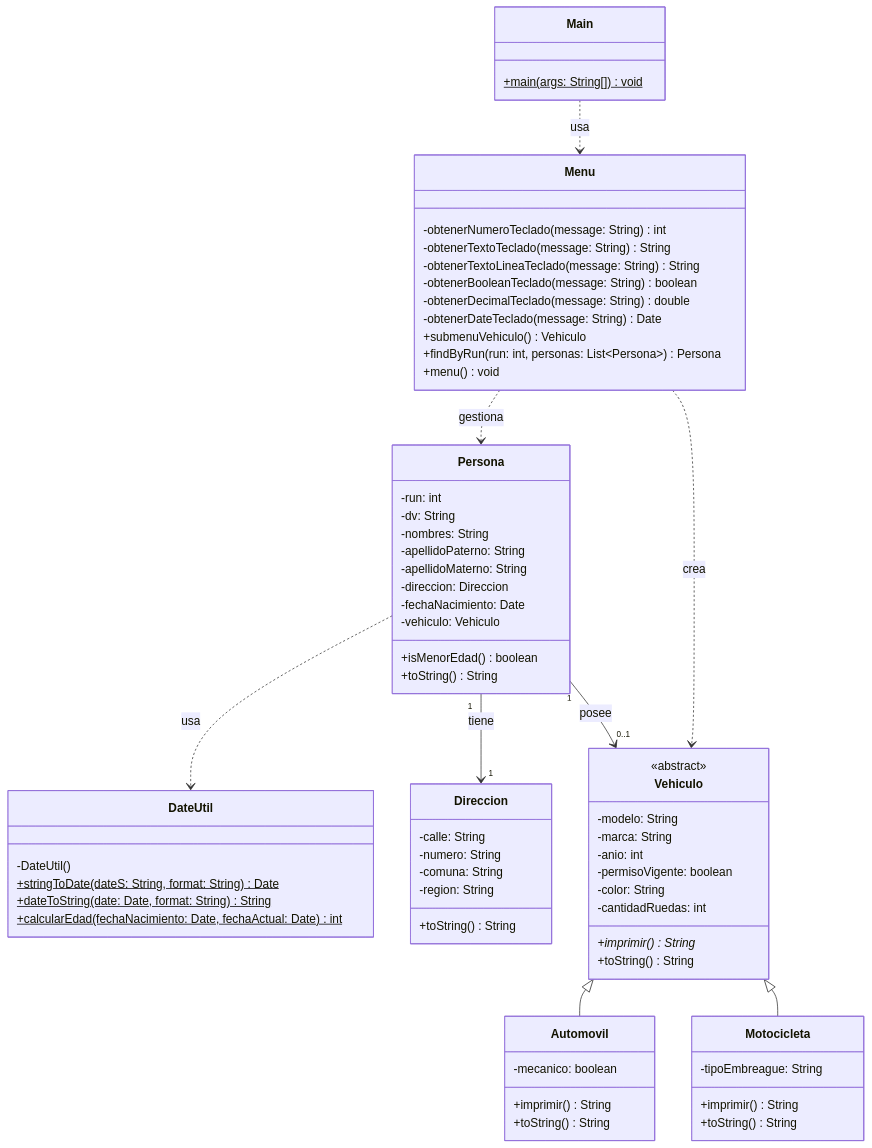
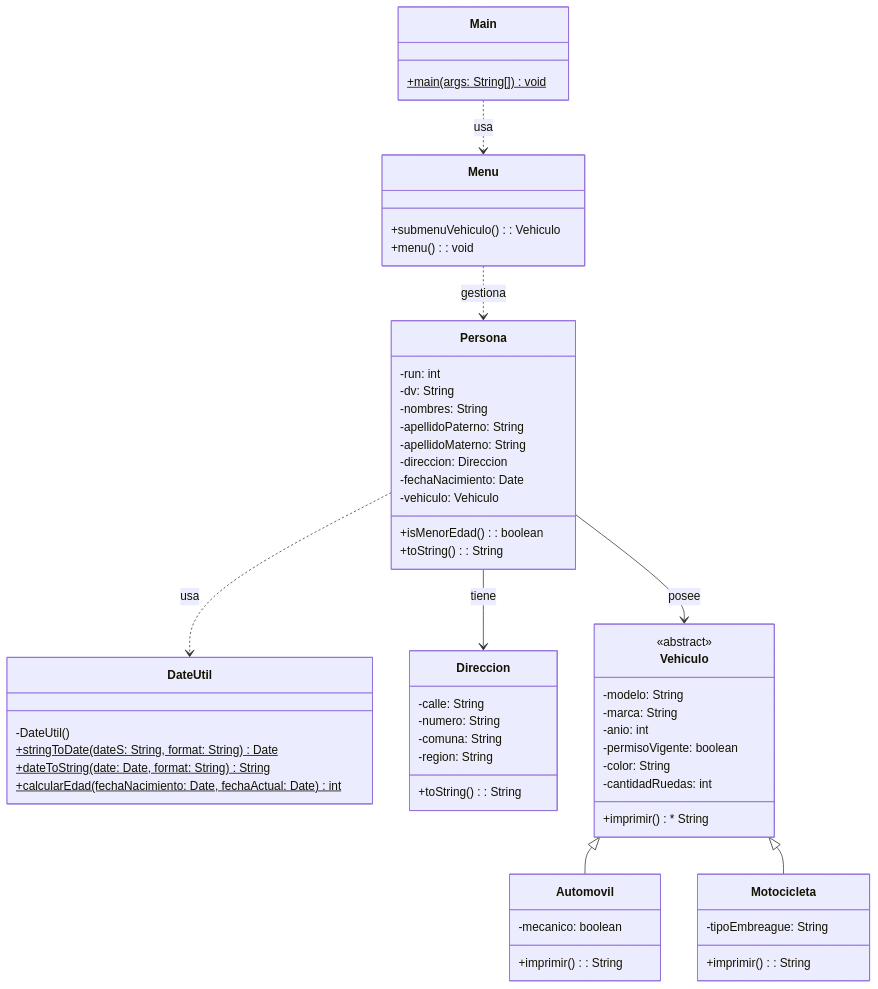
One commit to elprofecarreno/poo-fundaments changed the diagram in 13/README.md. Above: the diagram before and after it, drawn with Mermaid. The commit also changed other lines of this file and 34 other files, not shown here.

````diff
--- a/13/README.md
+++ b/13/README.md
@@ -20,7 +22,28 @@
         -numero: String
         -comuna: String
         -region: String
-        +toString() String
+        +toString(): String
+    }
+
+    class Vehiculo {
+        <<abstract>>
+        -modelo: String
+        -marca: String
+        -anio: int
+        -permisoVigente: boolean
+        -color: String
+        -cantidadRuedas: int
+        +imprimir() * String
+    }
+
+    class Automovil {
+        -mecanico: boolean
+        +imprimir(): String
+    }
+
+    class Motocicleta {
+        -tipoEmbreague: String
+        +imprimir(): String
     }
 
     class Persona {
@@ -32,61 +55,24 @@
         -direccion: Direccion
         -fechaNacimiento: Date
         -vehiculo: Vehiculo
-        +isMenorEdad() boolean
-        +toString() String
-    }
-
-    class Vehiculo {
-        <<abstract>>
-        -modelo: String
-        -marca: String
-        -anio: int
-        -permisoVigente: boolean
-        -color: String
-        -cantidadRuedas: int
-        +imprimir()* String
-        +toString() String
-    }
-
-    class Automovil {
-        -mecanico: boolean
-        +imprimir() String
-        +toString() String
-    }
-
-    class Motocicleta {
-        -tipoEmbreague: String
-        +imprimir() String
-        +toString() String
+        +isMenorEdad(): boolean
+        +toString(): String
     }
 
     class Menu {
-        -obtenerNumeroTeclado(message: String) int
-        -obtenerTextoTeclado(message: String) String
-        -obtenerTextoLineaTeclado(message: String) String
-        -obtenerBooleanTeclado(message: String) boolean
-        -obtenerDecimalTeclado(message: String) double
-        -obtenerDateTeclado(message: String) Date
-        +submenuVehiculo() Vehiculo
-        +findByRun(run: int, personas: List~Persona~) Persona
-        +menu() void
+        +submenuVehiculo(): Vehiculo
+        +menu(): void
     }
 
     class Main {
         +main(args: String[])$ void
     }
 
-    %% Relaciones de Herencia
     Vehiculo <|-- Automovil
     Vehiculo <|-- Motocicleta
-
-    %% Relaciones de Asociación / Composición
-    Persona "1" --> "1" Direccion : tiene
-    Persona "1" --> "0..1" Vehiculo : posee
-
-    %% Relaciones de Dependencia
+    Persona --> Direccion : tiene
+    Persona --> Vehiculo : posee
     Main ..> Menu : usa
     Menu ..> Persona : gestiona
-    Menu ..> Vehiculo : crea
     Persona ..> DateUtil : usa
 ```
````
